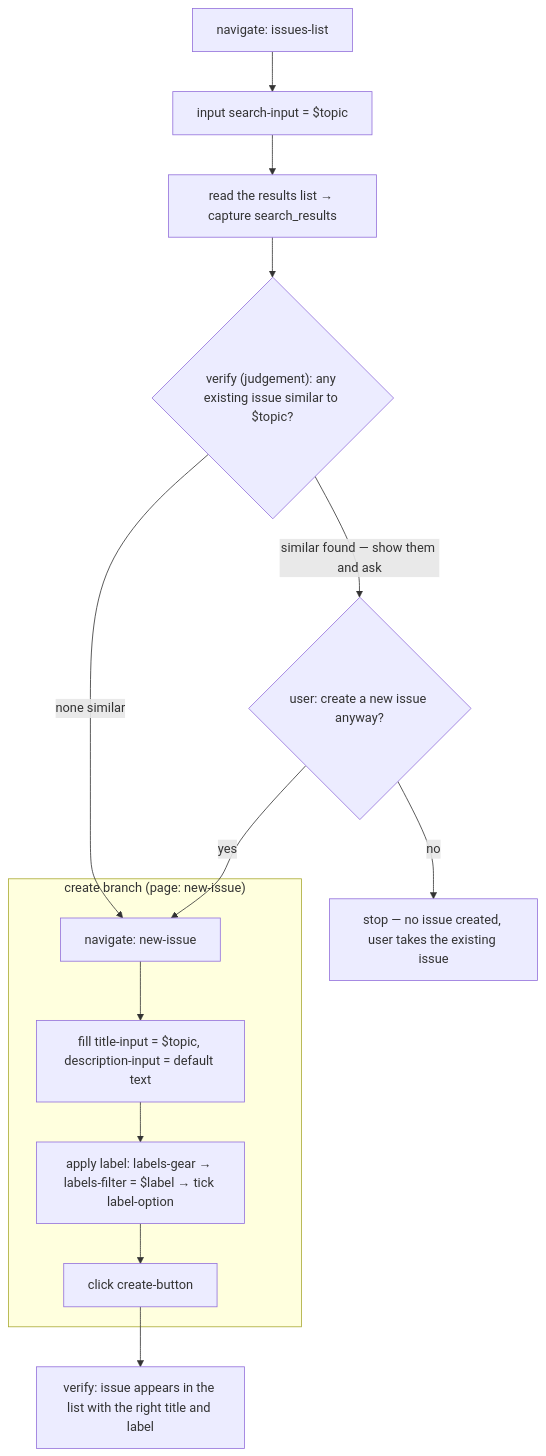
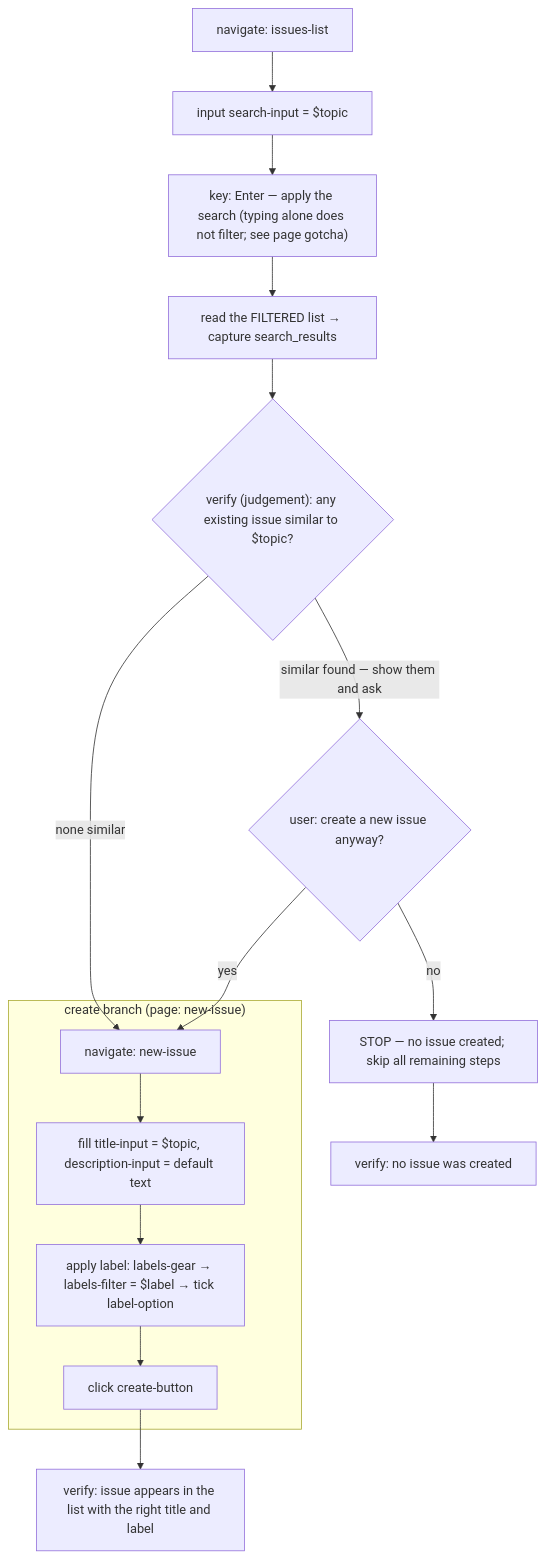
The diagram in sites/sitemapper-demo/workflows/smart-issue.md (noskule-cc/SiteMapper), drawn with Mermaid before and after one commit. The commit also changed other lines of this file and 9 other files, not shown here.

````diff
--- a/sites/sitemapper-demo/workflows/smart-issue.md
+++ b/sites/sitemapper-demo/workflows/smart-issue.md
@@ -13,19 +16,21 @@
 ```mermaid
 flowchart TD
   A["navigate: issues-list"] --> B["input search-input = $topic"]
-  B --> C["read the results list → capture search_results"]
+  B --> K["key: Enter — apply the search (typing alone does not filter; see page gotcha)"]
+  K --> C["read the FILTERED list → capture search_results"]
   C --> D{"verify (judgement): any existing issue similar to $topic?"}
 
   subgraph CREATE["create branch (page: new-issue)"]
     E["navigate: new-issue"] --> F["fill title-input = $topic, description-input = default text"]
     F --> G["apply label: labels-gear → labels-filter = $label → tick label-option"]
     G --> H["click create-button"]
   end
 
   D -->|"none similar"| E
   D -->|"similar found — show them and ask"| U{"user: create a new issue anyway?"}
   U -->|"yes"| E
-  U -->|"no"| Z["stop — no issue created, user takes the existing issue"]
+  U -->|"no"| Z["STOP — no issue created; skip all remaining steps"]
 
   H --> V["verify: issue appears in the list with the right title and label"]
+  Z --> W["verify: no issue was created"]
 ```
````
